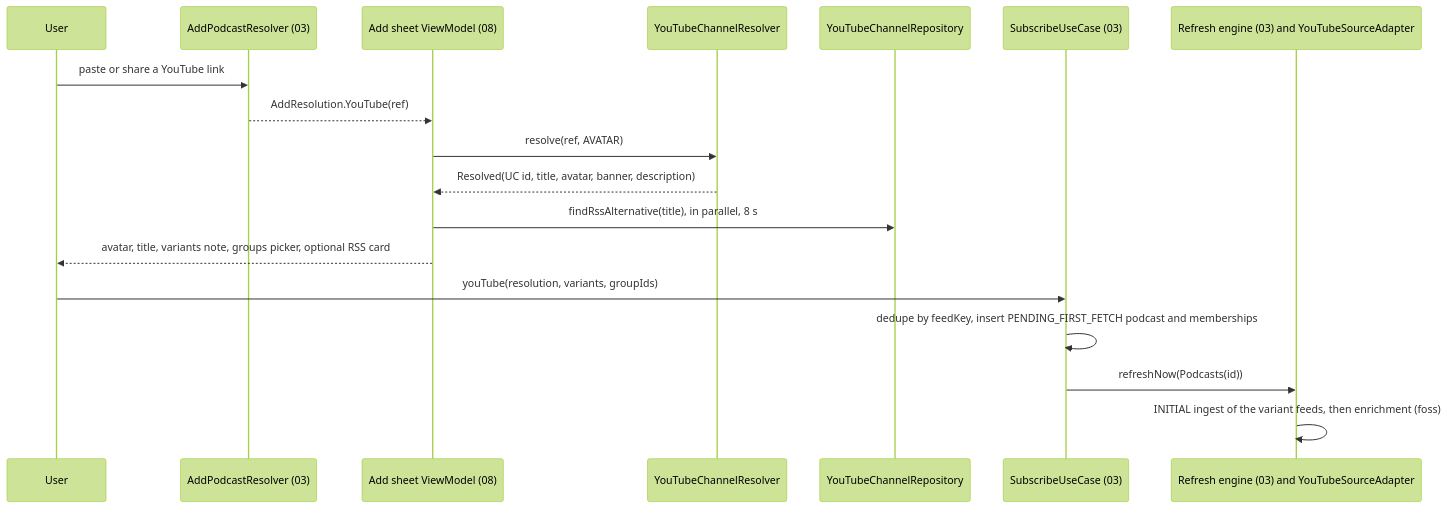
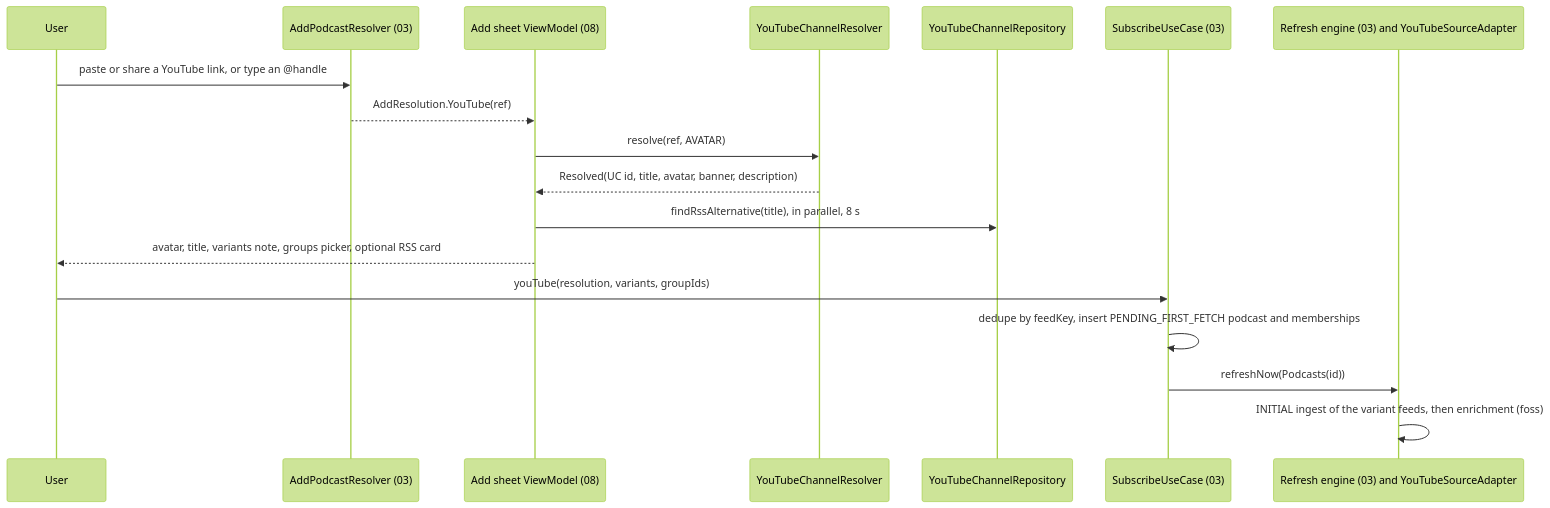
One commit to BigBoyDevBox/Neutrodyne changed the second of 5 diagrams in docs/design/04-youtube.md. Above: the diagram before and after it, drawn with Mermaid (forest theme). The commit also changed other lines of this file and 7 other files, not shown here.

````diff
--- a/docs/design/04-youtube.md
+++ b/docs/design/04-youtube.md
@@ -379,20 +379,20 @@
 ```mermaid
 sequenceDiagram
   participant U as User
   participant A as AddPodcastResolver (03)
   participant V as Add sheet ViewModel (08)
   participant R as YouTubeChannelResolver
   participant Q as YouTubeChannelRepository
   participant S as SubscribeUseCase (03)
   participant E as Refresh engine (03) and YouTubeSourceAdapter
-  U->>A: paste or share a YouTube link
+  U->>A: paste or share a YouTube link, or type an @handle
   A-->>V: AddResolution.YouTube(ref)
   V->>R: resolve(ref, AVATAR)
   R-->>V: Resolved(UC id, title, avatar, banner, description)
   V->>Q: findRssAlternative(title), in parallel, 8 s
   V-->>U: avatar, title, variants note, groups picker, optional RSS card
   U->>S: youTube(resolution, variants, groupIds)
   S->>S: dedupe by feedKey, insert PENDING_FIRST_FETCH podcast and memberships
   S->>E: refreshNow(Podcasts(id))
   E->>E: INITIAL ingest of the variant feeds, then enrichment (foss)
 ```
````
